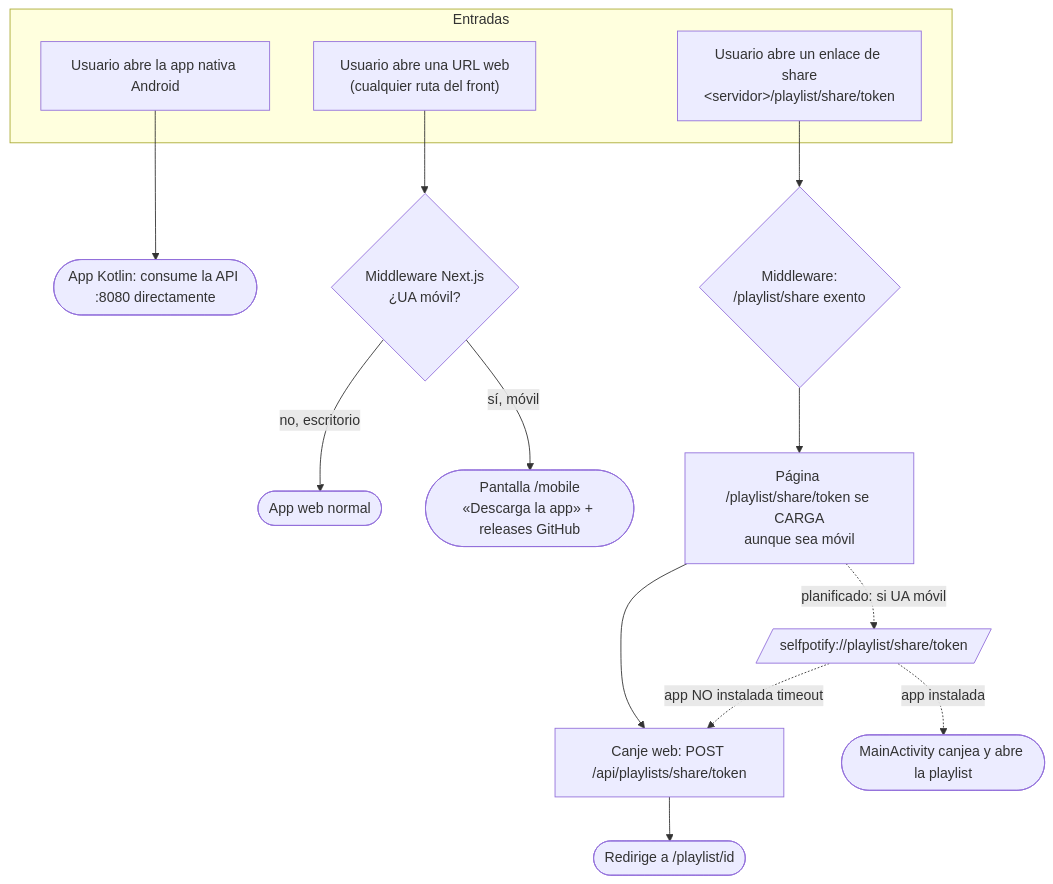
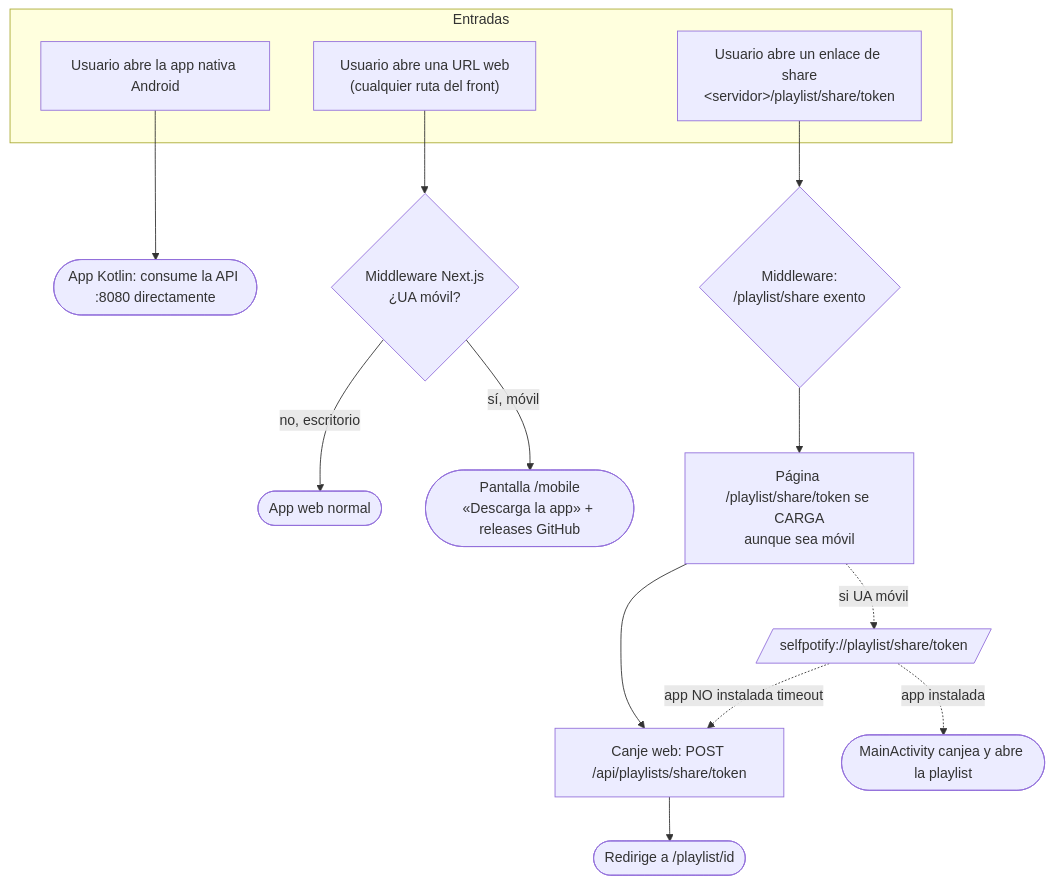
One commit to conguchu/selfpotify changed diagram 14 of 33 in README.md. Above: the diagram before and after it, drawn with Mermaid. The commit also changed other lines of this file, not shown here.

First line of the commit message:
docs: marcar el deep link selfpotify:// como implementado

````diff
--- a/README.md
+++ b/README.md
@@ -809,23 +800,23 @@
 ```mermaid
 flowchart TD
     subgraph Entradas
         A[Usuario abre la app nativa Android]
         B["Usuario abre una URL web<br/>(cualquier ruta del front)"]
         C["Usuario abre un enlace de share<br/>&lt;servidor&gt;/playlist/share/token"]
     end
 
     A --> AppNative([App Kotlin: consume la API :8080 directamente])
 
     B --> MW{Middleware Next.js<br/>¿UA móvil?}
     MW -- no, escritorio --> Web([App web normal])
     MW -- sí, móvil --> MobPage([Pantalla /mobile<br/>«Descarga la app» + releases GitHub])
 
     C --> MW2{Middleware:<br/>/playlist/share exento}
     MW2 --> SharePage[Página /playlist/share/token se CARGA<br/>aunque sea móvil]
     SharePage --> Redeem[Canje web: POST /api/playlists/share/token]
     Redeem --> PL([Redirige a /playlist/id])
 
-    SharePage -. planificado: si UA móvil .-> Deep[/"selfpotify://playlist/share/token"/]
+    SharePage -. si UA móvil .-> Deep[/"selfpotify://playlist/share/token"/]
     Deep -. app instalada .-> AppRedeem([MainActivity canjea y abre la playlist])
     Deep -. app NO instalada timeout .-> Redeem
 ```
````
